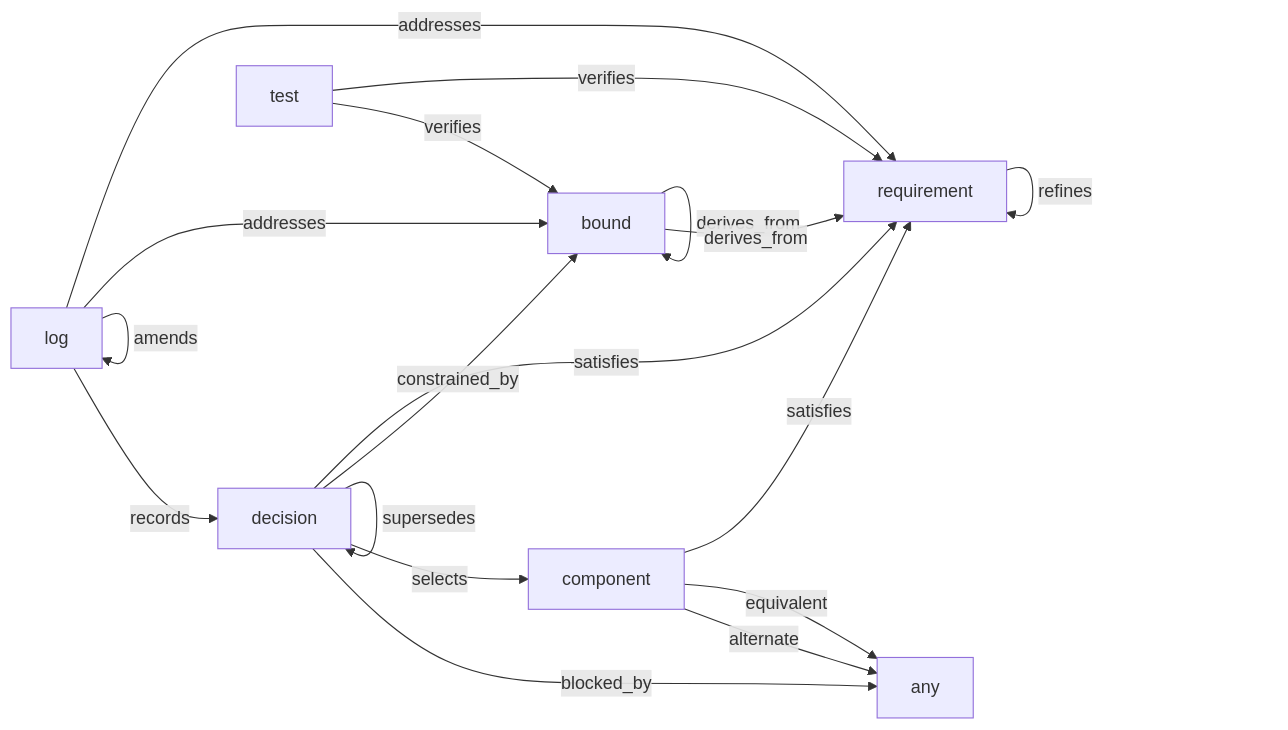
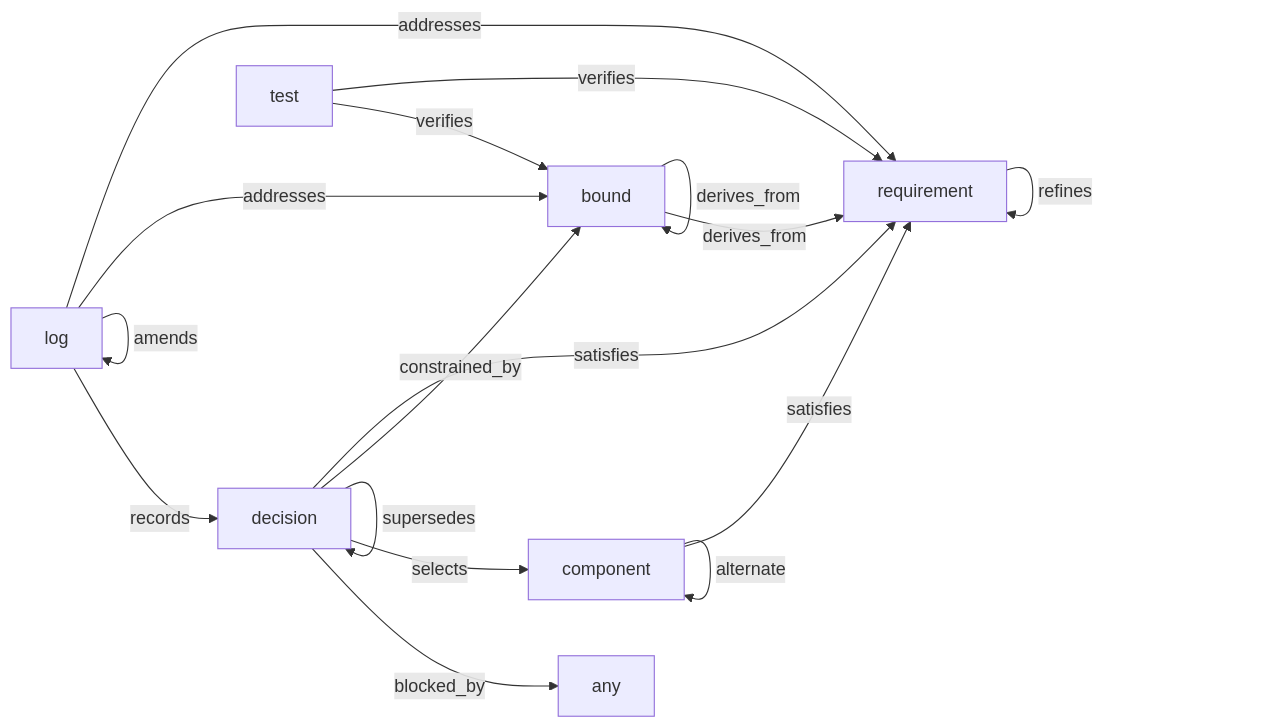
One commit to Squishiba/refdes changed the diagram in docs/links.md. Above: the diagram before and after it, drawn with Mermaid.

Commit message:
docs: regenerate the schema graph after the equivalence restriction
The mermaid block in links.md carries a "generated -- do not hand-edit"
banner, and still drew `component -- equivalent --> any`. Restricting those
two verbs is precisely the kind of change it exists to track, and precisely
the way it went stale the last time.

````diff
--- a/docs/links.md
+++ b/docs/links.md
@@ -58,22 +58,22 @@
 ```mermaid
 %% generated by `refdes schema --graph` -- do not hand-edit
 graph LR
   bound -- refines --> bound
   bound -- derives_from --> requirement
   bound -- derives_from --> bound
   component -- satisfies --> requirement
-  component -- equivalent --> any
-  component -- alternate --> any
+  component -- equivalent --> component
+  component -- alternate --> component
   decision -- satisfies --> requirement
   decision -- constrained_by --> bound
   decision -- supersedes --> decision
   decision -- selects --> component
   decision -- blocked_by --> any
   log -- addresses --> requirement
   log -- addresses --> bound
   log -- amends --> log
   log -- records --> decision
   requirement -- refines --> requirement
   test -- verifies --> requirement
   test -- verifies --> bound
 ```
````
